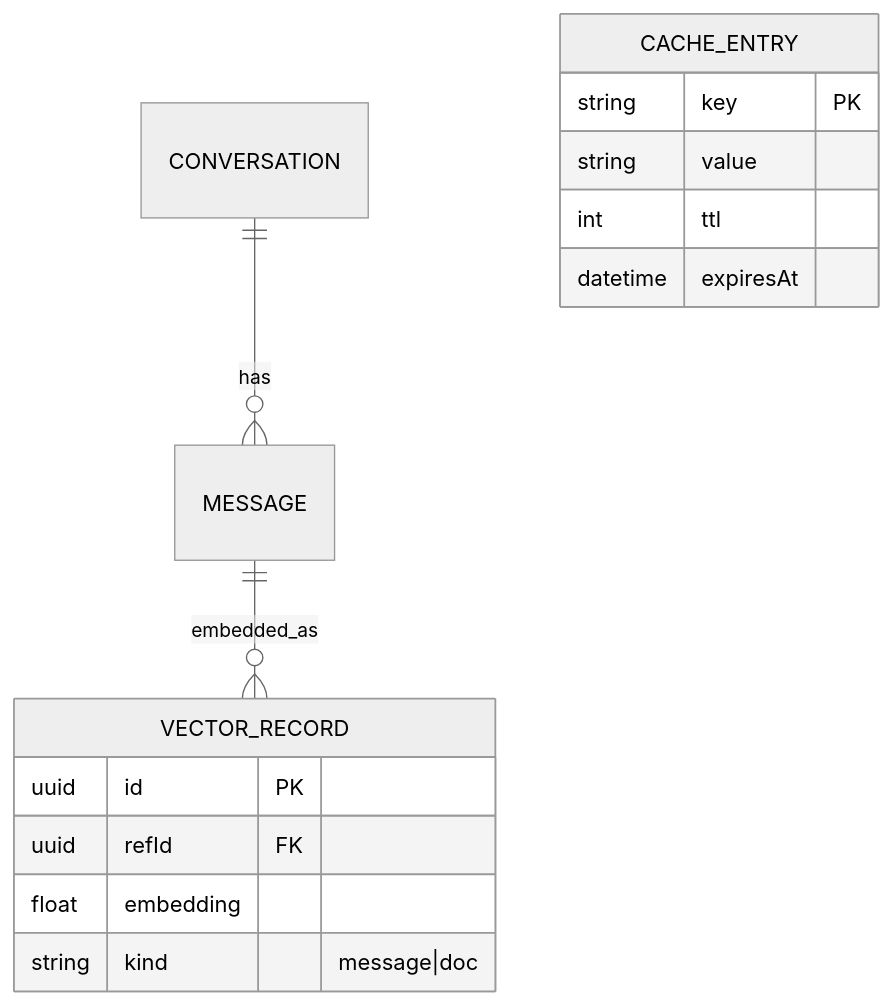
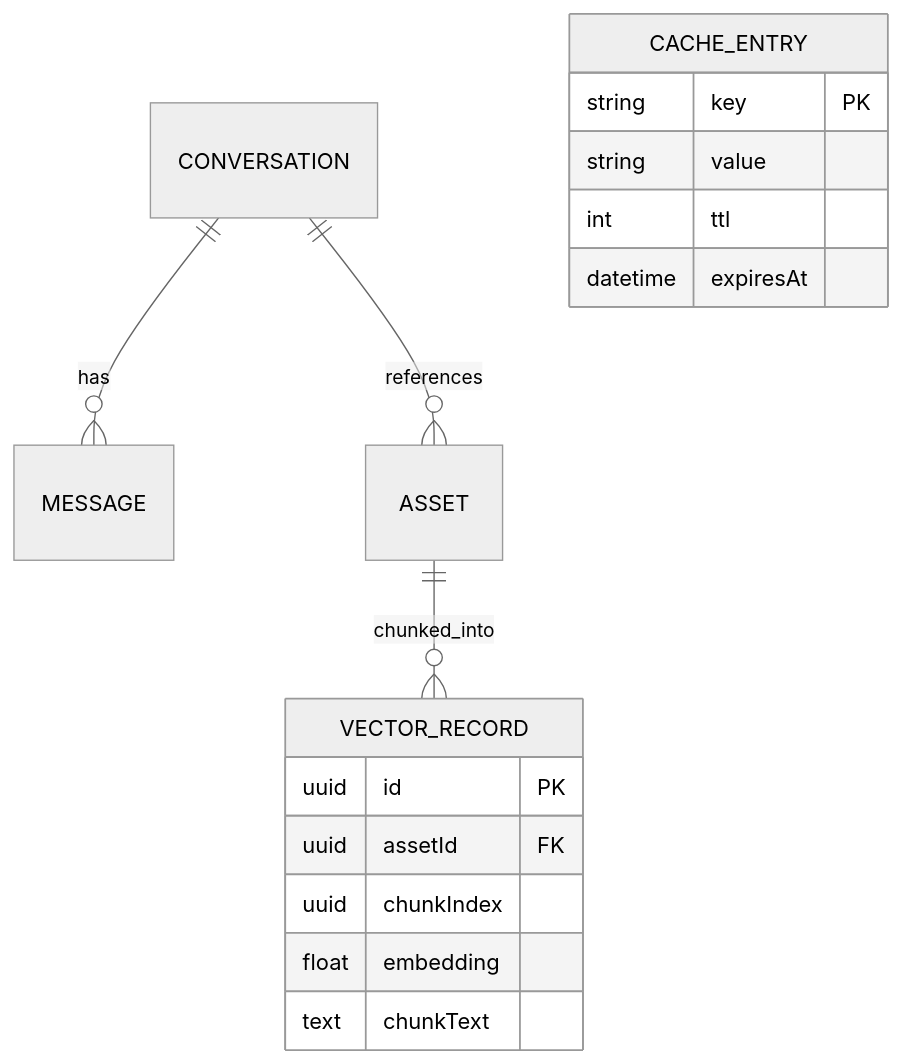
The third of 3 diagrams in _bmad-output/planning-artifacts/07-entity.md (Glitch-guy0/chaiGPT), drawn with Mermaid (neutral theme) before and after one commit. The commit also changed other lines of this file and 5 other files, not shown here.

````diff
--- a/_bmad-output/planning-artifacts/07-entity.md
+++ b/_bmad-output/planning-artifacts/07-entity.md
@@ -54,17 +110,19 @@
 ```mermaid
 erDiagram
     CONVERSATION ||--o{ MESSAGE : has
+    CONVERSATION ||--o{ ASSET : references
+    ASSET ||--o{ VECTOR_RECORD : chunked_into
     CACHE_ENTRY {
         string key PK
         string value
         int ttl
         datetime expiresAt
     }
     VECTOR_RECORD {
         uuid id PK
-        uuid refId FK
+        uuid assetId FK
+        uuid chunkIndex
         float embedding
-        string kind "message|doc"
+        text chunkText
     }
-    MESSAGE ||--o{ VECTOR_RECORD : embedded_as
 ```
````
